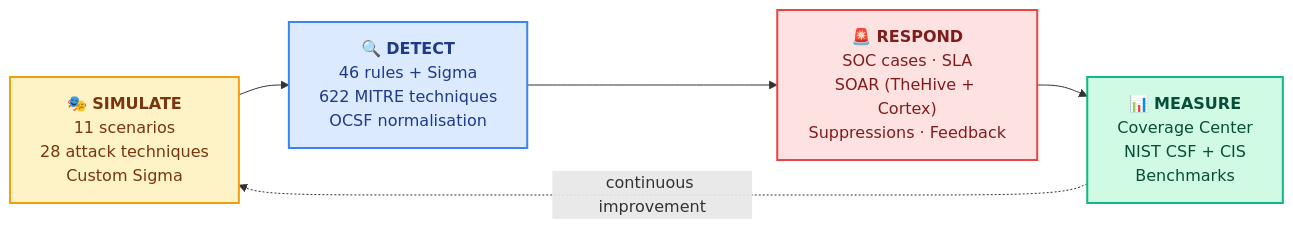
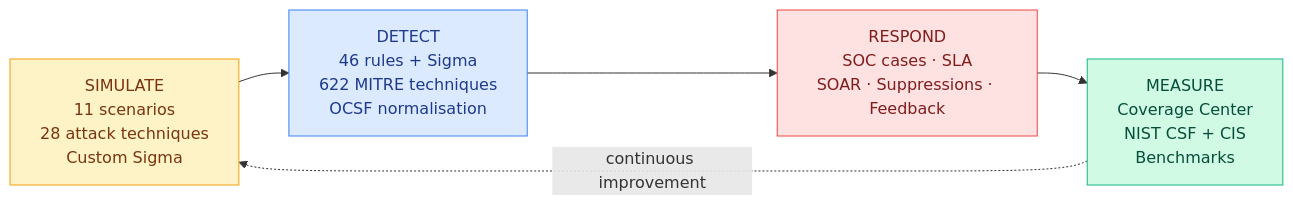
The first of 19 diagrams in README.md (omarbabba779xx/CyberTwin-SOC), drawn with Mermaid before and after one commit. The commit also changed other lines of this file, not shown here.

First line of the commit message:
docs(readme): fix Mermaid diagrams for GitHub rendering

````diff
--- a/README.md
+++ b/README.md
@@ -82,19 +82,19 @@
 ```mermaid
 flowchart LR
-    A["🎭 <b>SIMULATE</b><br/>11 scenarios<br/>28 attack techniques<br/>Custom Sigma"]
-    B["🔍 <b>DETECT</b><br/>46 rules + Sigma<br/>622 MITRE techniques<br/>OCSF normalisation"]
-    C["🚨 <b>RESPOND</b><br/>SOC cases · SLA<br/>SOAR (TheHive + Cortex)<br/>Suppressions · Feedback"]
-    D["📊 <b>MEASURE</b><br/>Coverage Center<br/>NIST CSF + CIS<br/>Benchmarks"]
+    A["SIMULATE<br/>11 scenarios<br/>28 attack techniques<br/>Custom Sigma"]
+    B["DETECT<br/>46 rules + Sigma<br/>622 MITRE techniques<br/>OCSF normalisation"]
+    C["RESPOND<br/>SOC cases · SLA<br/>SOAR · Suppressions · Feedback"]
+    D["MEASURE<br/>Coverage Center<br/>NIST CSF + CIS<br/>Benchmarks"]
 
     A --> B --> C --> D
     D -. continuous improvement .-> A
 
-    classDef sim fill:#fef3c7,stroke:#f59e0b,stroke-width:2px,color:#78350f
-    classDef det fill:#dbeafe,stroke:#3b82f6,stroke-width:2px,color:#1e3a8a
-    classDef resp fill:#fee2e2,stroke:#ef4444,stroke-width:2px,color:#7f1d1d
-    classDef mes fill:#d1fae5,stroke:#10b981,stroke-width:2px,color:#064e3b
+    classDef sim fill:#fef3c7,stroke:#f59e0b,color:#78350f
+    classDef det fill:#dbeafe,stroke:#3b82f6,color:#1e3a8a
+    classDef resp fill:#fee2e2,stroke:#ef4444,color:#7f1d1d
+    classDef mes fill:#d1fae5,stroke:#10b981,color:#064e3b
     class A sim
     class B det
     class C resp
     class D mes
 ```
````
